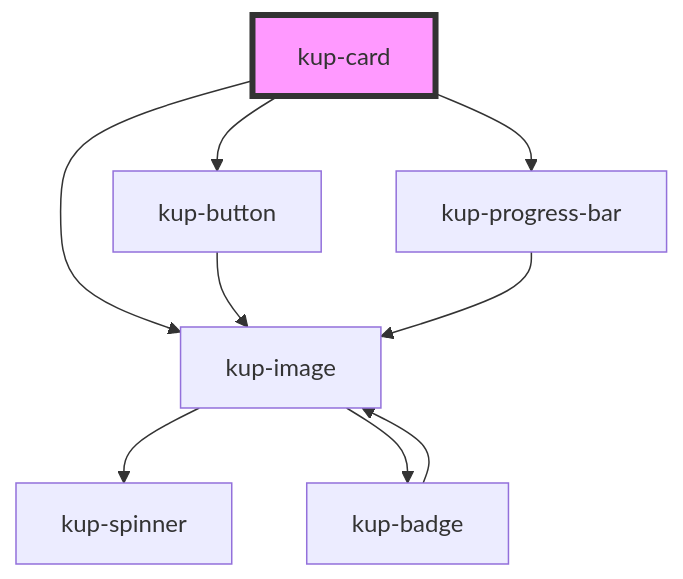
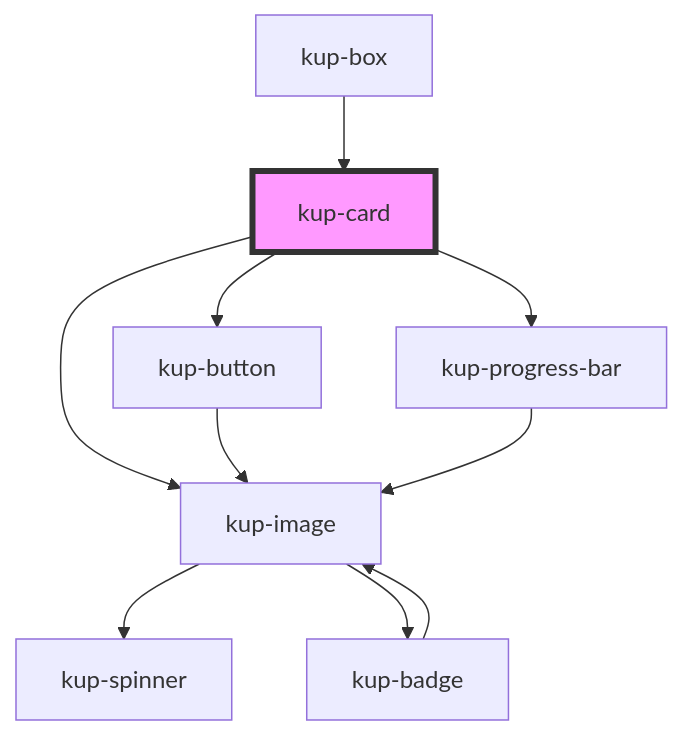
One commit to smeup/ketchup changed the diagram in packages/ketchup/src/components/kup-card/readme.md. Above: the diagram before and after it, drawn with Mermaid. The commit also changed other lines of this file and 6 other files, not shown here.

Commit message:
Progressing card inside box.

````diff
--- a/packages/ketchup/src/components/kup-card/readme.md
+++ b/packages/ketchup/src/components/kup-card/readme.md
@@ -38,12 +42,13 @@
 ```mermaid
 graph TD;
   kup-card --> kup-button
   kup-card --> kup-image
   kup-card --> kup-progress-bar
   kup-button --> kup-image
   kup-image --> kup-spinner
   kup-image --> kup-badge
   kup-badge --> kup-image
   kup-progress-bar --> kup-image
+  kup-box --> kup-card
   style kup-card fill:#f9f,stroke:#333,stroke-width:4px
 ```
````
